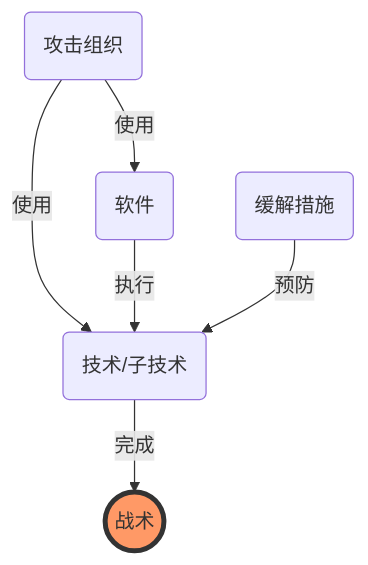
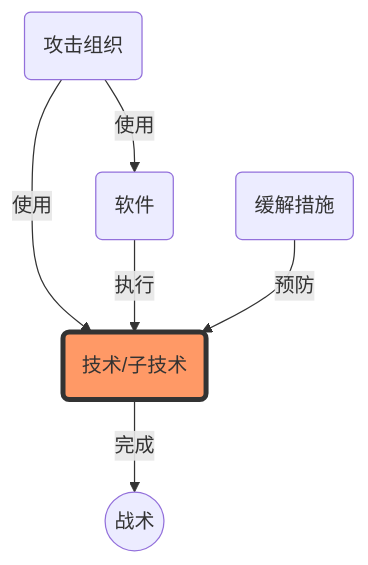
The second of 7 diagrams in 分类框架.md (marsvillager/ATT-and-CK), drawn with Mermaid before and after one commit. The commit also changed other lines of this file, not shown here.

````diff
--- a/分类框架.md
+++ b/分类框架.md
@@ -11,11 +22,11 @@
 ```mermaid
 flowchart TB
 	A(攻击组织) --使用--> B(技术/子技术)
 	A --使用--> C(软件)
 	C --执行--> B
 	D(缓解措施) --预防--> B
 	B --完成--> E((战术))
 	
 	classDef orange fill:#f96,stroke:#333,stroke-width:4px
-	class E orange
+	class B orange
 ```
````
